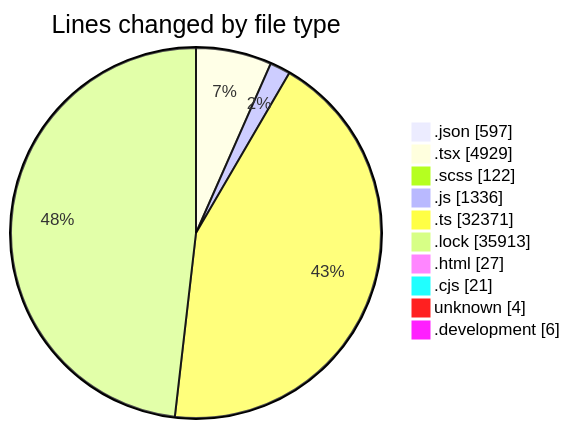
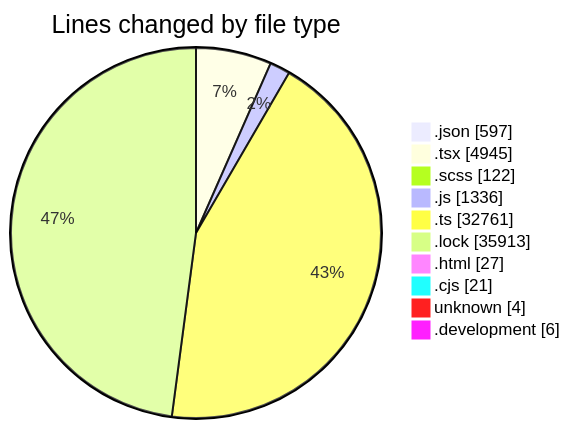
The first of 2 diagrams in 2026-09-03/cda/README.md (momahboobian/code-tracking), drawn with Mermaid before and after one commit. The commit also changed other lines of this file and 1 other file, not shown here.

````diff
--- a/2026-09-03/cda/README.md
+++ b/2026-09-03/cda/README.md
@@ -81,14 +81,14 @@
 ```mermaid
 pie showData
 title Lines changed by file type
 ".json" : 597
-".tsx" : 4929
+".tsx" : 4945
 ".scss" : 122
 ".js" : 1336
-".ts" : 32371
+".ts" : 32761
 ".lock" : 35913
 ".html" : 27
 ".cjs" : 21
 "unknown" : 4
 ".development" : 6
 ```
````
